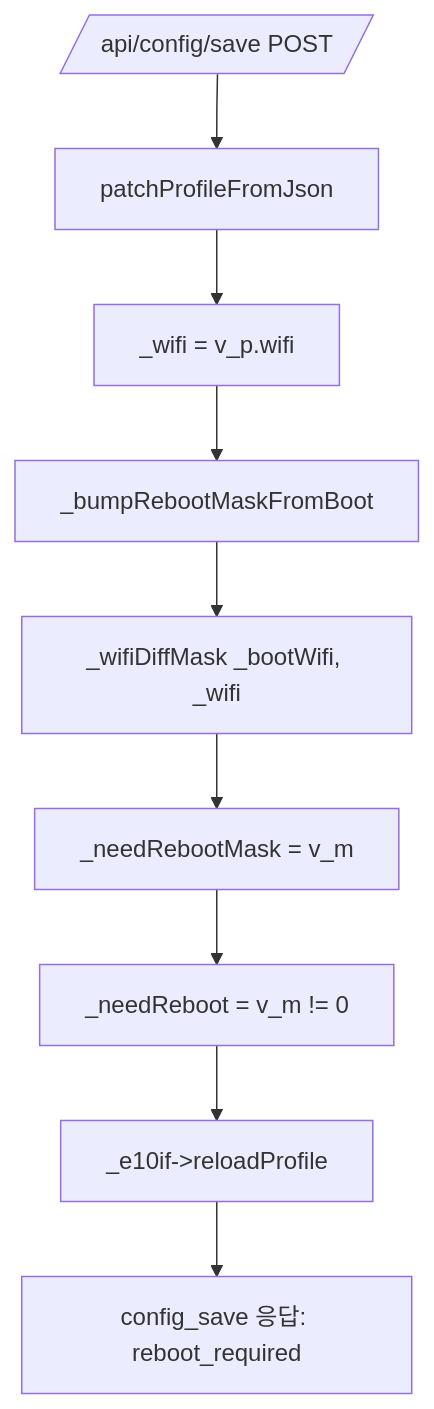
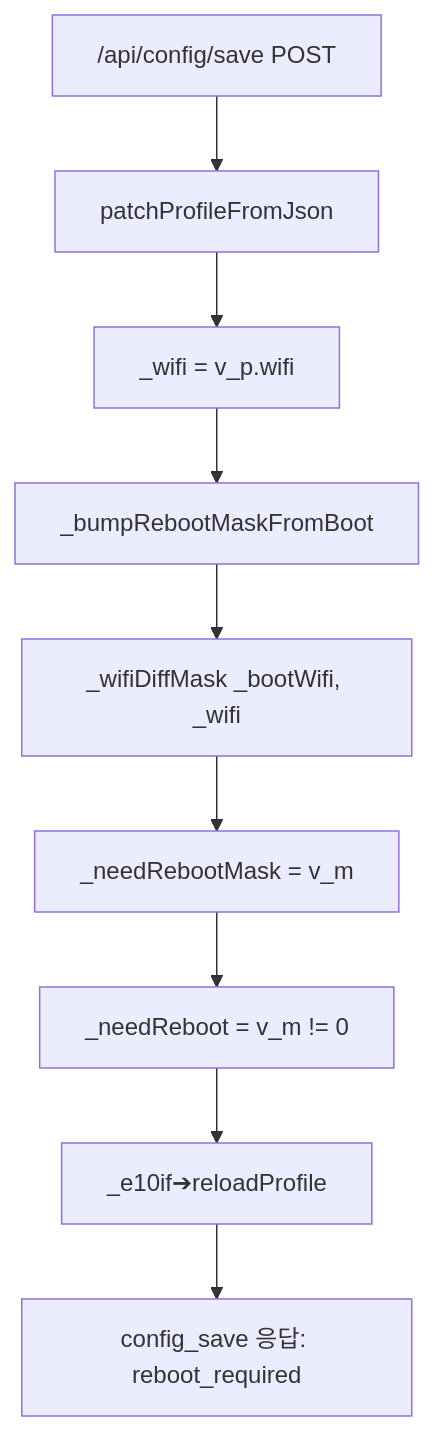
One commit to hosanglee-kr/esp32_AirMouse_002 changed the tenth of 14 diagrams in src/v0415/docs_v0415/contract_doc/FLOW_0415.md. Above: the diagram before and after it, drawn with Mermaid. The commit also changed other lines of this file and 4 other files, not shown here.

First line of the commit message:
docs(contract): 5대 계약 산출물 최신화 및 FLOW Mermaid 14종 렌더링 무결성 보완

````diff
--- a/src/v0415/docs_v0415/contract_doc/FLOW_0415.md
+++ b/src/v0415/docs_v0415/contract_doc/FLOW_0415.md
@@ -421,11 +437,11 @@
 ```mermaid
 flowchart TD
-    Save[/api/config/save POST/] --> Patch[patchProfileFromJson]
-    Patch --> LocalCache[_wifi = v_p.wifi]
-    LocalCache --> BumpReboot[_bumpRebootMaskFromBoot]
-    BumpReboot --> Compare[_wifiDiffMask _bootWifi, _wifi]
-    Compare --> MaskSet[_needRebootMask = v_m]
-    MaskSet --> FlagSet[_needReboot = v_m != 0]
-    FlagSet --> ReloadE10[_e10if->reloadProfile]
-    ReloadE10 --> Response[config_save 응답: reboot_required]
+    Save["/api/config/save POST"] --> Patch["patchProfileFromJson"]
+    Patch --> LocalCache["_wifi = v_p.wifi"]
+    LocalCache --> BumpReboot["_bumpRebootMaskFromBoot"]
+    BumpReboot --> Compare["_wifiDiffMask _bootWifi, _wifi"]
+    Compare --> MaskSet["_needRebootMask = v_m"]
+    MaskSet --> FlagSet["_needReboot = v_m != 0"]
+    FlagSet --> ReloadE10["_e10if➔reloadProfile"]
+    ReloadE10 --> Response["config_save 응답: reboot_required"]
 ```
````
